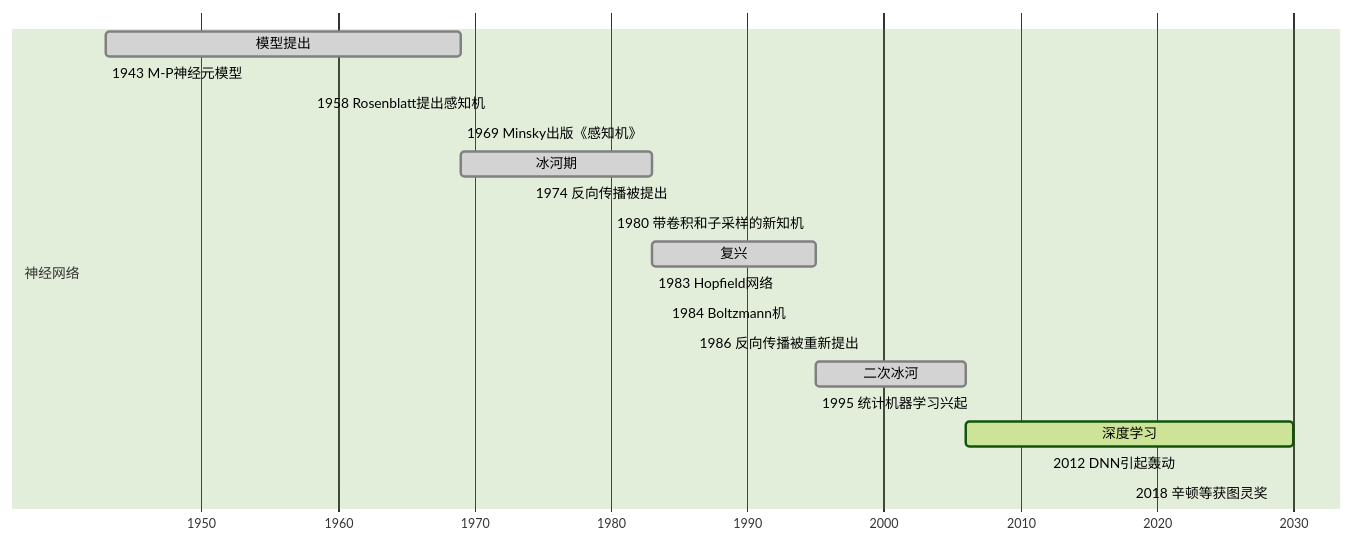
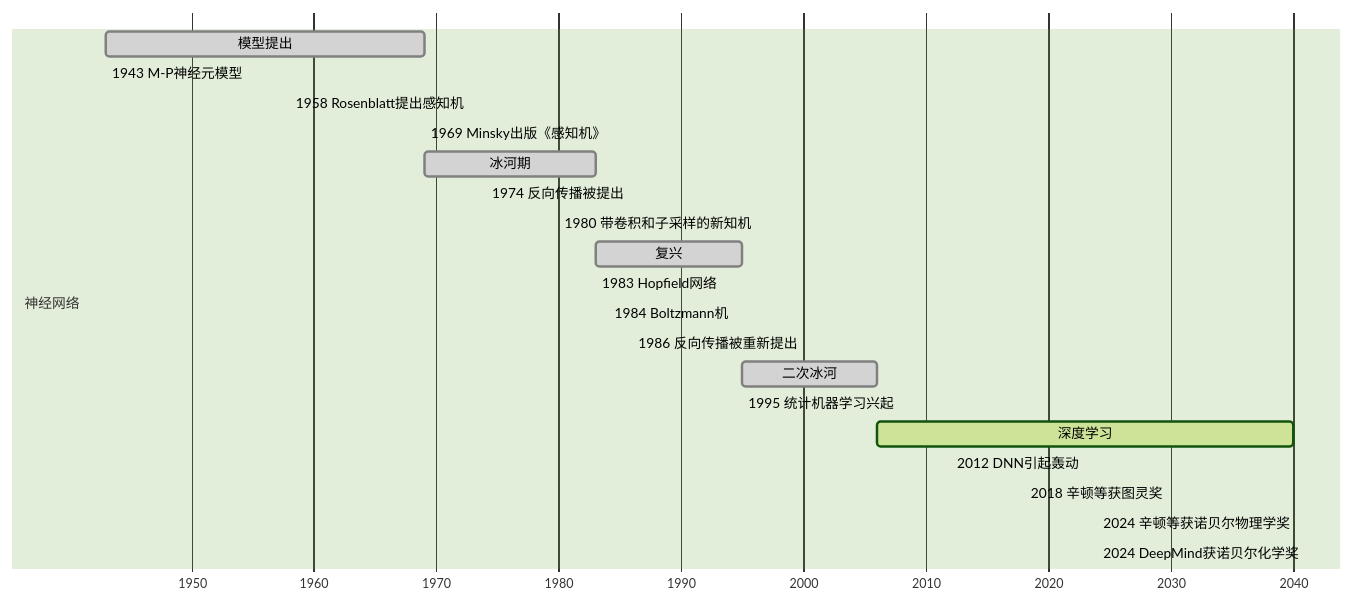
The diagram in mermaid/nn.mermaid (Avanti1980/course-ml), drawn with Mermaid (forest theme) before and after one commit. The commit also changed 2 other files, not shown here.

```diff
--- a/mermaid/nn.mermaid
+++ b/mermaid/nn.mermaid
@@ -1,22 +1,24 @@
 gantt
 todayMarker off
 dateFormat  YYYY
 axisFormat %Y
 
 section 神经网络
 模型提出: done, 1943, 1969
 1943 M-P神经元模型: 1943, milestone
 1958 Rosenblatt提出感知机: 1958, milestone
 1969 Minsky出版《感知机》: 1969, milestone
 冰河期: done, 1969, 1983
 1974 反向传播被提出: 1974, milestone
 1980 带卷积和子采样的新知机: 1980, milestone
 复兴: done, 1983, 1995
 1983 Hopfield网络: 1983, milestone
 1984 Boltzmann机: 1984, milestone
 1986 反向传播被重新提出: 1986, milestone
 二次冰河: done, 1995, 2006
 1995 统计机器学习兴起: 1995, milestone
-深度学习: active, 2006, 2030
+深度学习: active, 2006, 2040
 2012 DNN引起轰动: 2012, milestone
 2018 辛顿等获图灵奖: 2018, milestone
+2024 辛顿等获诺贝尔物理学奖: 2024, milestone
+2024 DeepMind获诺贝尔化学奖: 2024, milestone
```
